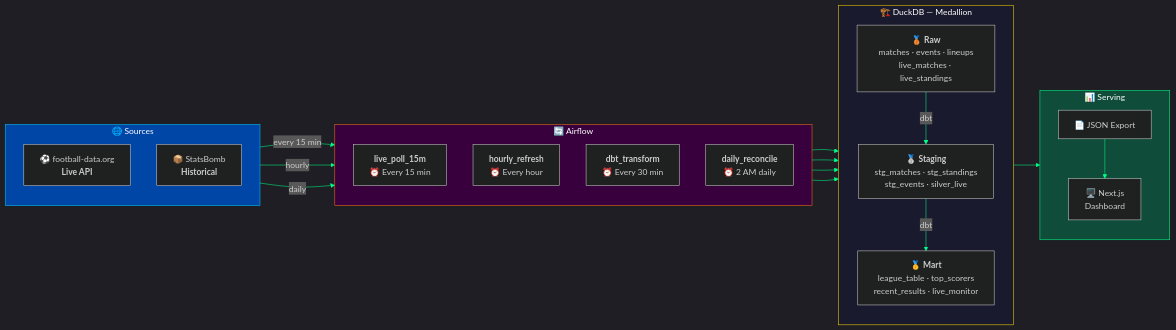
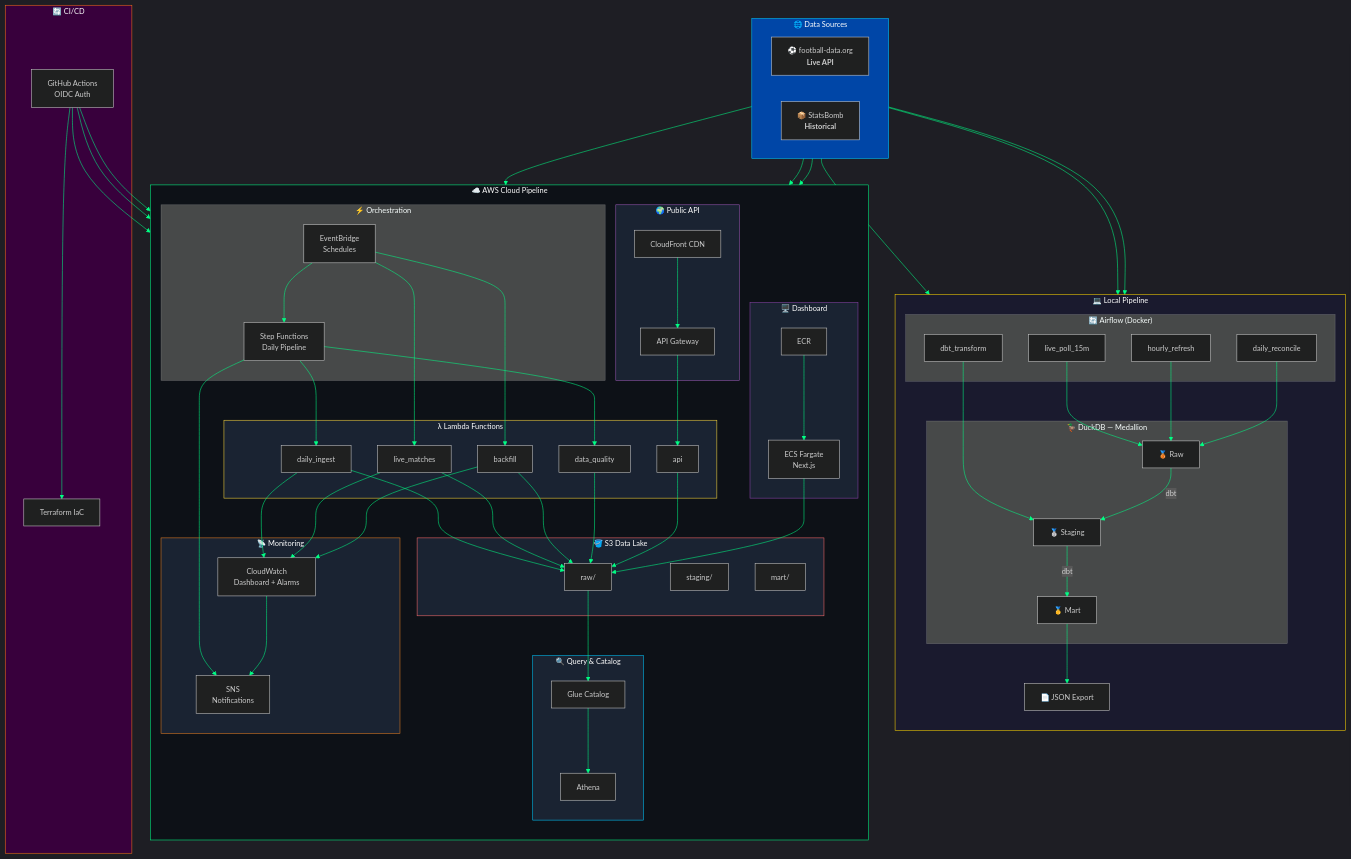
One commit to StarLord598/epl-pipeline-cloud changed the diagram in docs/architecture.mmd. Above: the diagram before and after it, drawn with Mermaid. The commit also changed 18 other files, not shown here.

First line of the commit message:
feat: modern dashboard redesign + mobile responsive + updated architecture (#6)

```diff
--- a/docs/architecture.mmd
+++ b/docs/architecture.mmd
@@ -1,46 +1,119 @@
-%%{init: {'theme': 'dark', 'themeVariables': {'fontSize': '16px', 'primaryColor': '#38003c', 'lineColor': '#00ff85'}}}%%
+%%{init: {'theme': 'dark', 'themeVariables': {'fontSize': '14px', 'primaryColor': '#38003c', 'lineColor': '#00ff85'}}}%%
 
-flowchart LR
-    subgraph SRC["🌐 Sources"]
-        direction TB
+flowchart TB
+    subgraph SRC["🌐 Data Sources"]
+        direction LR
         A1["⚽ football-data.org<br/><b>Live API</b>"]
         A2["📦 StatsBomb<br/><b>Historical</b>"]
     end
 
-    subgraph AIR["🔄 Airflow"]
+    subgraph LOCAL["💻 Local Pipeline"]
         direction TB
-        B1["<b>live_poll_15m</b><br/>⏰ Every 15 min"]
-        B2["<b>hourly_refresh</b><br/>⏰ Every hour"]
-        B3["<b>dbt_transform</b><br/>⏰ Every 30 min"]
-        B4["<b>daily_reconcile</b><br/>⏰ 2 AM daily"]
+        subgraph AIR["🔄 Airflow (Docker)"]
+            B1["live_poll_15m"]
+            B2["hourly_refresh"]
+            B3["dbt_transform"]
+            B4["daily_reconcile"]
+        end
+        subgraph DWH["🦆 DuckDB — Medallion"]
+            C1["🥉 Raw"]
+            C2["🥈 Staging"]
+            C3["🥇 Mart"]
+        end
+        D1["📄 JSON Export"]
     end
 
-    subgraph DWH["🏗️ DuckDB — Medallion"]
+    subgraph CLOUD["☁️ AWS Cloud Pipeline"]
         direction TB
-        C1["🥉 <b>Raw</b><br/>matches · events · lineups<br/>live_matches · live_standings"]
-        C2["🥈 <b>Staging</b><br/>stg_matches · stg_standings<br/>stg_events · silver_live"]
-        C3["🥇 <b>Mart</b><br/>league_table · top_scorers<br/>recent_results · live_monitor"]
+        subgraph ORCH["⚡ Orchestration"]
+            E1["EventBridge<br/>Schedules"]
+            E2["Step Functions<br/>Daily Pipeline"]
+        end
+        subgraph LAMBDA["λ Lambda Functions"]
+            F1["daily_ingest"]
+            F2["live_matches"]
+            F3["backfill"]
+            F4["data_quality"]
+            F5["api"]
+        end
+        subgraph LAKE["🪣 S3 Data Lake"]
+            G1["raw/"]
+            G2["staging/"]
+            G3["mart/"]
+        end
+        subgraph QUERY["🔍 Query & Catalog"]
+            H1["Glue Catalog"]
+            H2["Athena"]
+        end
+        subgraph API["🌍 Public API"]
+            I1["API Gateway"]
+            I2["CloudFront CDN"]
+        end
+        subgraph DASH["🖥️ Dashboard"]
+            J1["ECR"]
+            J2["ECS Fargate<br/>Next.js"]
+        end
+        subgraph MON["📡 Monitoring"]
+            K1["CloudWatch<br/>Dashboard + Alarms"]
+            K2["SNS<br/>Notifications"]
+        end
     end
 
-    subgraph OUT["📊 Serving"]
-        direction TB
-        D1["📄 JSON Export"]
-        D2["🖥️ Next.js<br/>Dashboard"]
+    subgraph CICD["🔄 CI/CD"]
+        L1["GitHub Actions<br/>OIDC Auth"]
+        L2["Terraform IaC"]
     end
 
-    A1 -->|"every 15 min"| B1
-    A1 -->|"hourly"| B2
-    A2 -->|"daily"| B4
-    B1 --> C1
-    B2 --> C1
-    B4 --> C1
+    %% Source connections
+    A1 --> B1 & B2
+    A2 --> B4
+    A1 --> F1 & F2 & F3
+
+    %% Local flow
+    B1 & B2 & B4 --> C1
     B3 --> C2
-    C1 -->|"dbt"| C2
-    C2 -->|"dbt"| C3
+    C1 -->|dbt| C2 -->|dbt| C3
     C3 --> D1
-    D1 --> D2
 
+    %% Cloud orchestration
+    E1 --> E2
+    E1 --> F2 & F3
+    E2 --> F1
+    E2 --> F4
+    E2 --> K2
+
+    %% Lambda to S3
+    F1 & F2 & F3 --> G1
+    F4 --> G1
+
+    %% S3 to query
+    G1 --> H1
+    H1 --> H2
+
+    %% API flow
+    I2 --> I1 --> F5
+    F5 --> G1
+
+    %% Dashboard
+    J1 --> J2
+    J2 --> G1
+
+    %% Monitoring
+    F1 & F2 & F3 --> K1
+    K1 --> K2
+
+    %% CI/CD
+    L1 --> L2
+    L1 --> F1 & F2 & F3
+
+    %% Styles
     style SRC fill:#0046A7,stroke:#00c8ff,color:#fff
-    style AIR fill:#38003c,stroke:#f97316,color:#fff
-    style DWH fill:#1a1a2e,stroke:#FFD700,color:#fff
-    style OUT fill:#0f4c3a,stroke:#00ff85,color:#fff
+    style LOCAL fill:#1a1a2e,stroke:#FFD700,color:#fff
+    style CLOUD fill:#0d1117,stroke:#00ff85,color:#fff
+    style CICD fill:#38003c,stroke:#f97316,color:#fff
+    style LAKE fill:#1a2332,stroke:#ff6b6b,color:#fff
+    style LAMBDA fill:#1a2332,stroke:#ffd93d,color:#fff
+    style QUERY fill:#1a2332,stroke:#00c8ff,color:#fff
+    style API fill:#1a2332,stroke:#9b59b6,color:#fff
+    style DASH fill:#1a2332,stroke:#8e44ad,color:#fff
+    style MON fill:#1a2332,stroke:#e67e22,color:#fff
```
